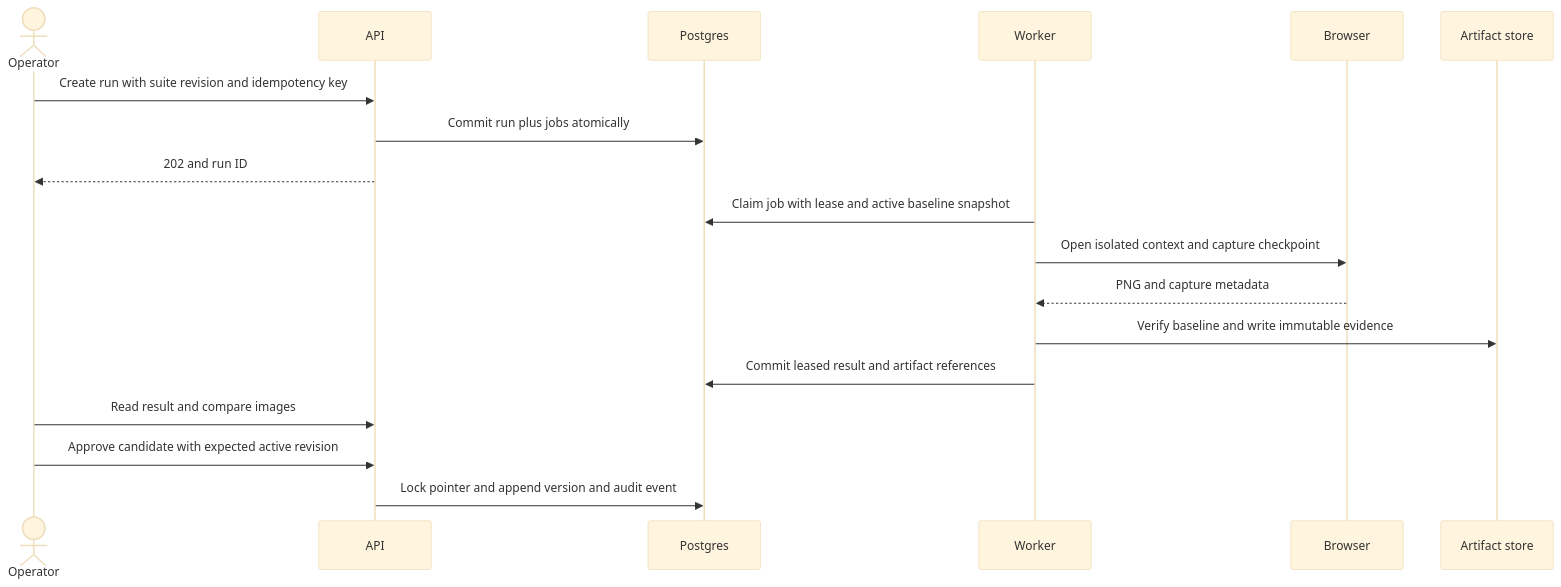
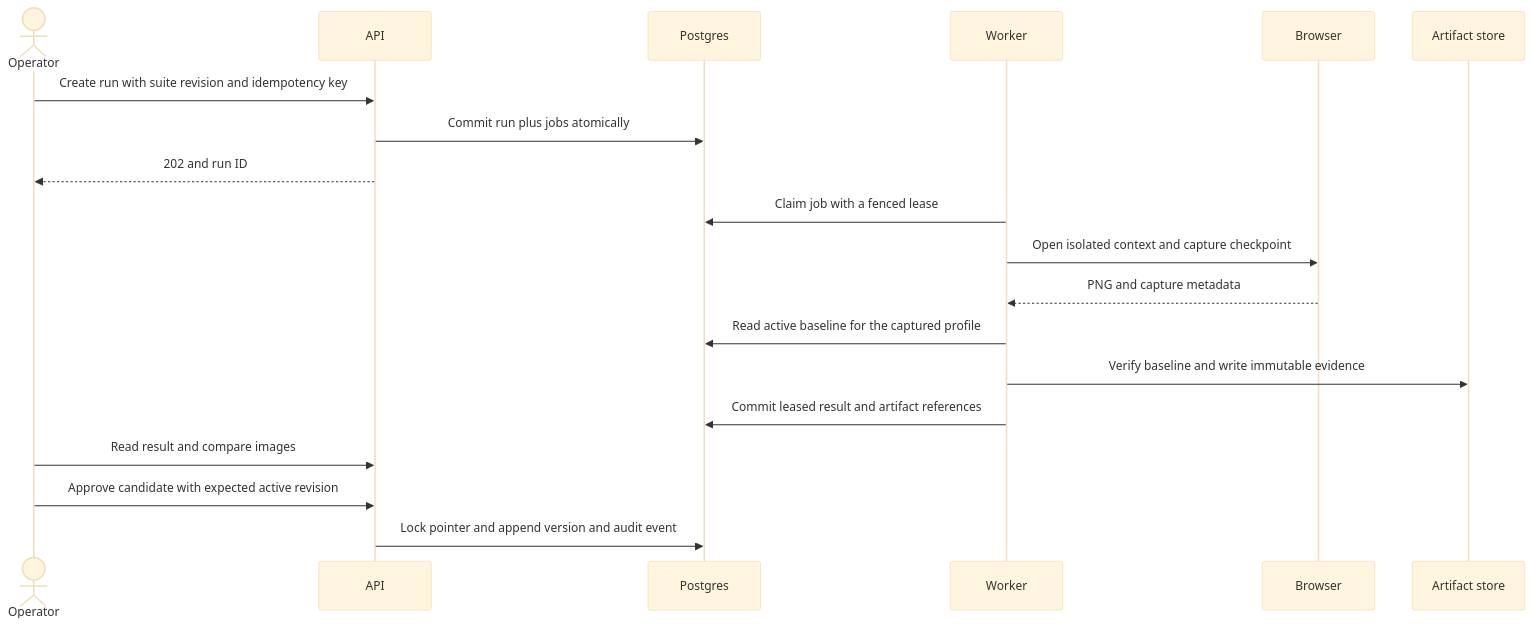
The third of 7 diagrams in docs/architecture.md (yenugantirahul/VerityUI.), drawn with Mermaid (base theme) before and after one commit. The commit also changed 20 other files, not shown here.

````diff
--- a/docs/architecture.md
+++ b/docs/architecture.md
@@ -48,20 +48,21 @@
 ```mermaid
 sequenceDiagram
     actor Operator
     participant API
     participant DB as Postgres
     participant Worker
     participant Browser
     participant Objects as Artifact store
     Operator->>API: Create run with suite revision and idempotency key
     API->>DB: Commit run plus jobs atomically
     API-->>Operator: 202 and run ID
-    Worker->>DB: Claim job with lease and active baseline snapshot
+    Worker->>DB: Claim job with a fenced lease
     Worker->>Browser: Open isolated context and capture checkpoint
     Browser-->>Worker: PNG and capture metadata
+    Worker->>DB: Read active baseline for the captured profile
     Worker->>Objects: Verify baseline and write immutable evidence
     Worker->>DB: Commit leased result and artifact references
     Operator->>API: Read result and compare images
     Operator->>API: Approve candidate with expected active revision
     API->>DB: Lock pointer and append version and audit event
 ```
````
